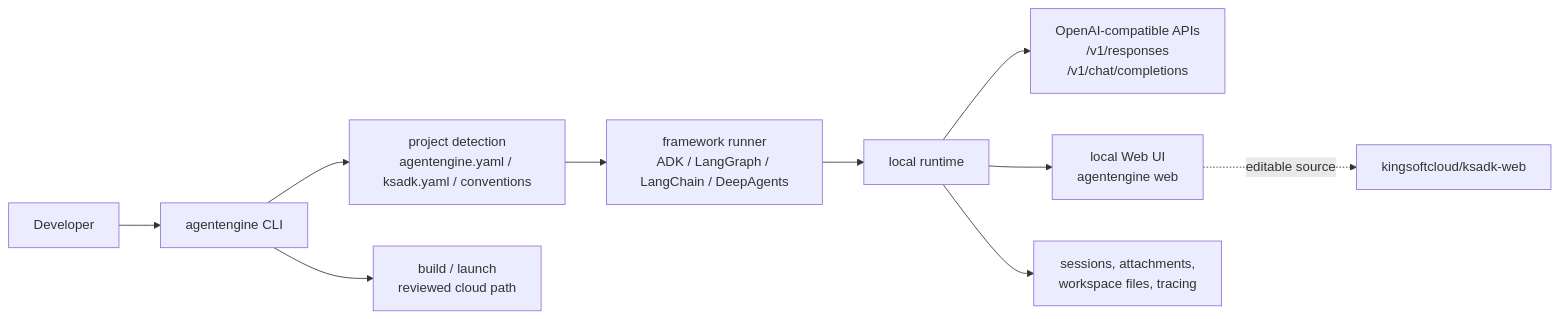
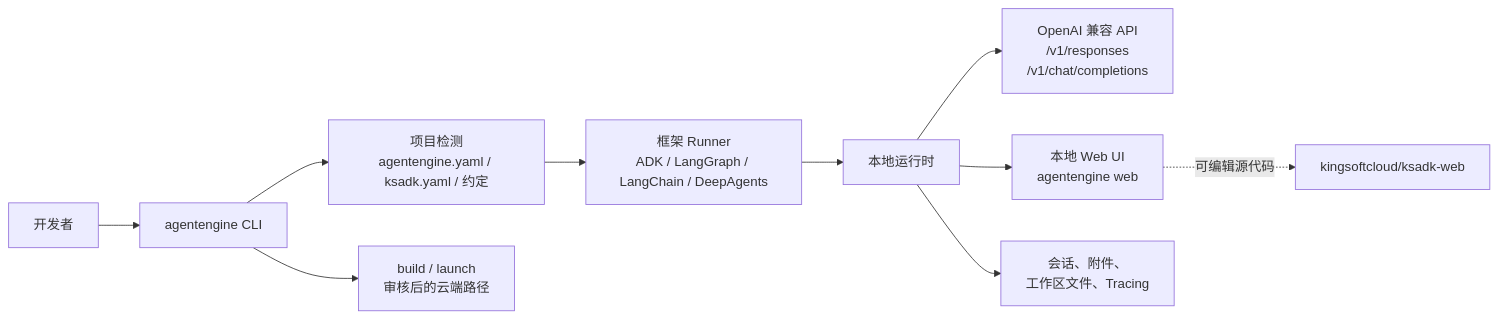
The first of 2 diagrams in public-docs/index.md (kingsoftcloud/ksadk-python), drawn with Mermaid before and after one commit. The commit also changed other lines of this file and 107 other files, not shown here.

````diff
--- a/public-docs/index.md
+++ b/public-docs/index.md
@@ -36,12 +34,12 @@
 ```mermaid
 flowchart LR
-  Dev["Developer"] --> CLI["agentengine CLI"]
-  CLI --> Detect["project detection<br/>agentengine.yaml / ksadk.yaml / conventions"]
-  Detect --> Runner["framework runner<br/>ADK / LangGraph / LangChain / DeepAgents"]
-  Runner --> Runtime["local runtime"]
-  Runtime --> API["OpenAI-compatible APIs<br/>/v1/responses<br/>/v1/chat/completions"]
-  Runtime --> UI["local Web UI<br/>agentengine web"]
-  Runtime --> Sessions["sessions, attachments,<br/>workspace files, tracing"]
-  CLI --> Package["build / launch<br/>reviewed cloud path"]
-  UI -. "editable source" .-> Web["kingsoftcloud/ksadk-web"]
+  Dev["开发者"] --> CLI["agentengine CLI"]
+  CLI --> Detect["项目检测<br/>agentengine.yaml / ksadk.yaml / 约定"]
+  Detect --> Runner["框架 Runner<br/>ADK / LangGraph / LangChain / DeepAgents"]
+  Runner --> Runtime["本地运行时"]
+  Runtime --> API["OpenAI 兼容 API<br/>/v1/responses<br/>/v1/chat/completions"]
+  Runtime --> UI["本地 Web UI<br/>agentengine web"]
+  Runtime --> Sessions["会话、附件、<br/>工作区文件、Tracing"]
+  CLI --> Package["build / launch<br/>审核后的云端路径"]
+  UI -. "可编辑源代码" .-> Web["kingsoftcloud/ksadk-web"]
 ```
````
